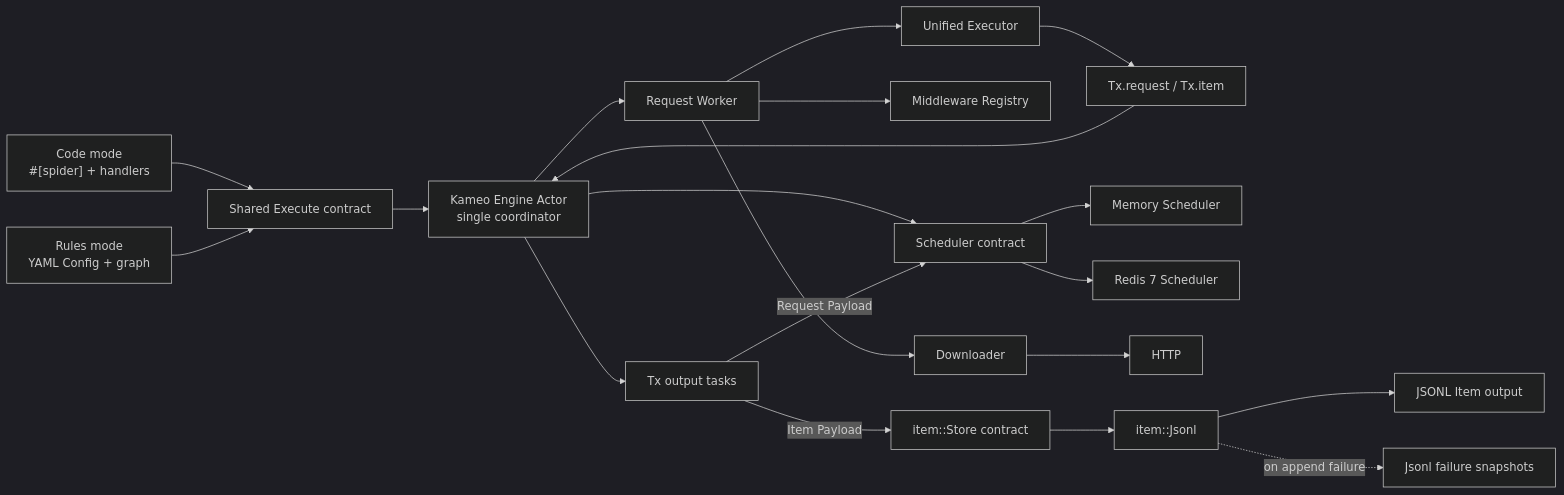
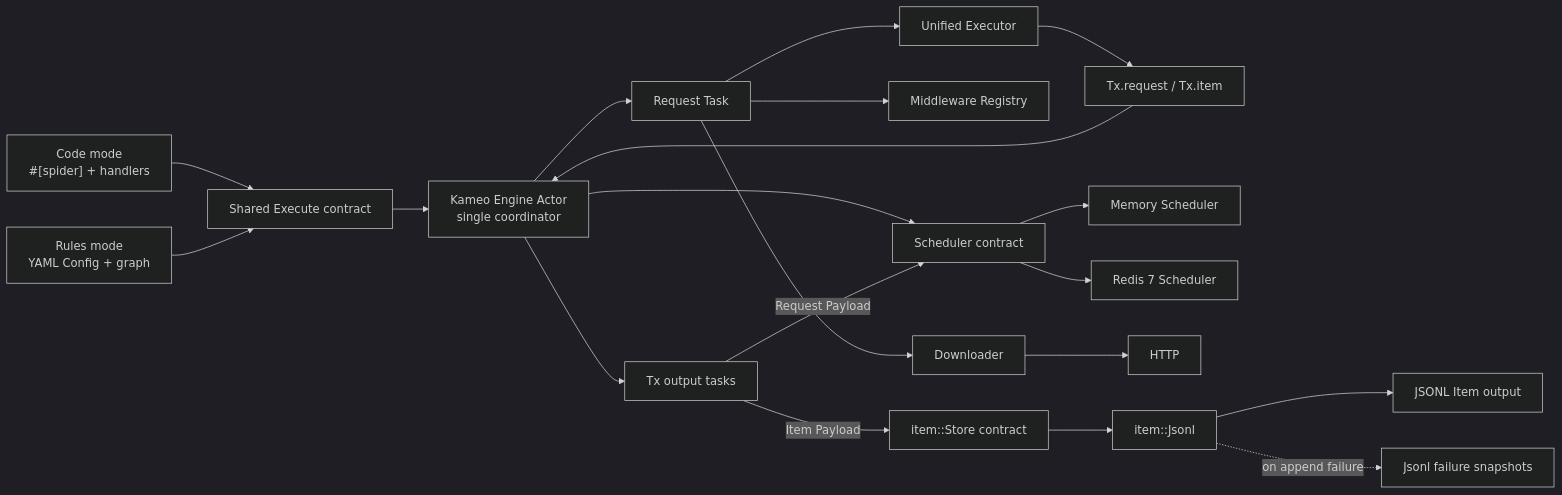
Before and after one commit to halo-space/crawler: the first of 5 diagrams in docs/architecture.md, drawn with Mermaid (dark theme). The commit also changed other lines of this file and 104 other files, not shown here.

````diff
--- a/docs/architecture.md
+++ b/docs/architecture.md
@@ -64,41 +69,41 @@
 ```mermaid
 flowchart LR
     C["Code mode<br/>#[spider] + handlers"]
     R["Rules mode<br/>YAML Config + graph"]
     X["Shared Execute contract"]
     T["Tx.request / Tx.item"]
     A["Kameo Engine Actor<br/>single coordinator"]
     S["Scheduler contract"]
     M["Memory Scheduler"]
     Z["Redis 7 Scheduler"]
-    W["Request Worker"]
+    W["Request Task"]
     MW["Middleware Registry"]
     D["Downloader"]
     H["HTTP"]
     E["Unified Executor"]
     O["Tx output tasks"]
     IS["item::Store contract"]
     J["item::Jsonl"]
     P["JSONL Item output"]
     F["Jsonl failure snapshots"]
 
     C --> X
     R --> X
     X --> A
     A --> S
     S --> M
     S --> Z
     A --> W
     W --> MW
     W --> D
     D --> H
     W --> E
     E --> T
     T --> A
     A --> O
     O -->|Request Payload| S
     O -->|Item Payload| IS
     IS --> J
     J --> P
     J -. on append failure .-> F
 ```
````
